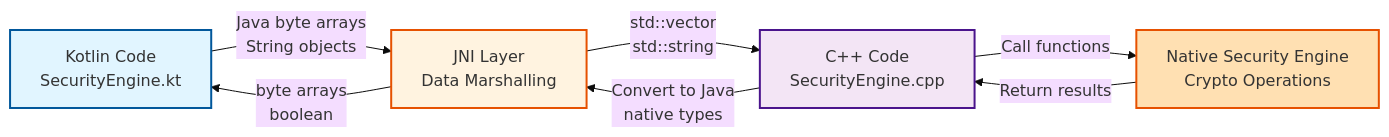
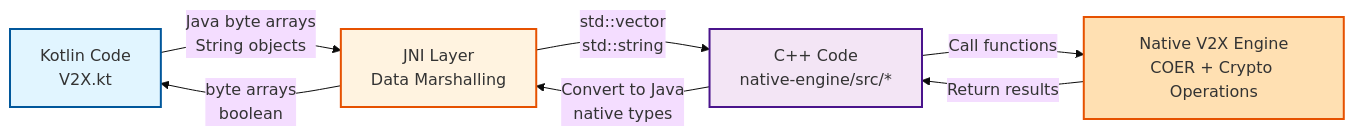
The fifth of 10 diagrams in docs/ARCHITECTURE-DIAGRAMS.md (Sudip-SenGupta/sentinel-v-v2x-bridge), drawn with Mermaid (base theme) before and after one commit. The commit also changed other lines of this file and 11 other files, not shown here.

````diff
--- a/docs/ARCHITECTURE-DIAGRAMS.md
+++ b/docs/ARCHITECTURE-DIAGRAMS.md
@@ -163,19 +237,19 @@
 ```mermaid
 graph LR
-    K["Kotlin Code<br/>SecurityEngine.kt"]
+    K["Kotlin Code<br/>V2X.kt"]
     JNI["JNI Layer<br/>Data Marshalling"]
-    C["C++ Code<br/>SecurityEngine.cpp"]
-    ENGINE["Native Security Engine<br/>Crypto Operations"]
+    C["C++ Code<br/>native-engine/src/*"]
+    ENGINE["Native V2X Engine<br/>COER + Crypto Operations"]
     
     K -->|Java byte arrays<br/>String objects| JNI
     JNI -->|std::vector<br/>std::string| C
     C -->|Call functions| ENGINE
     ENGINE -->|Return results| C
     C -->|Convert to Java<br/>native types| JNI
     JNI -->|byte arrays<br/>boolean| K
     
     style K fill:#e1f5ff,stroke:#01579b,stroke-width:2px
     style JNI fill:#fff3e0,stroke:#e65100,stroke-width:2px
     style C fill:#f3e5f5,stroke:#4a148c,stroke-width:2px
     style ENGINE fill:#ffe0b2,stroke:#e65100,stroke-width:2px
 ```
````
